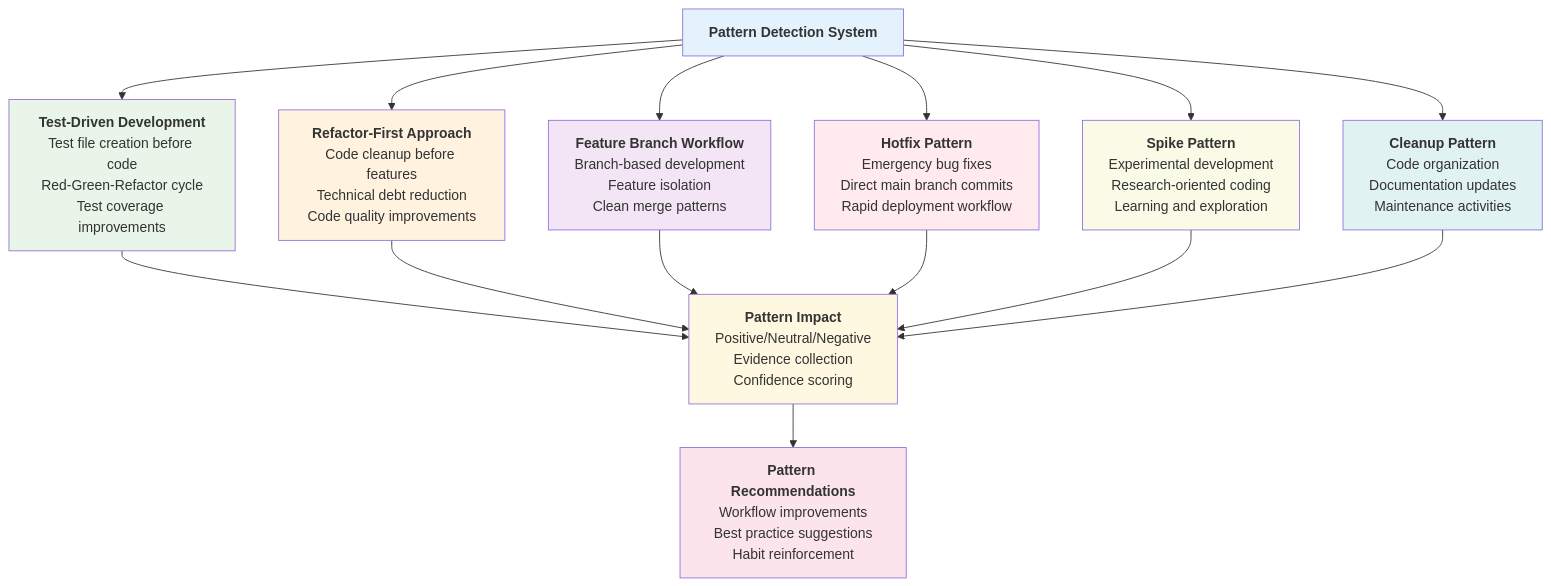
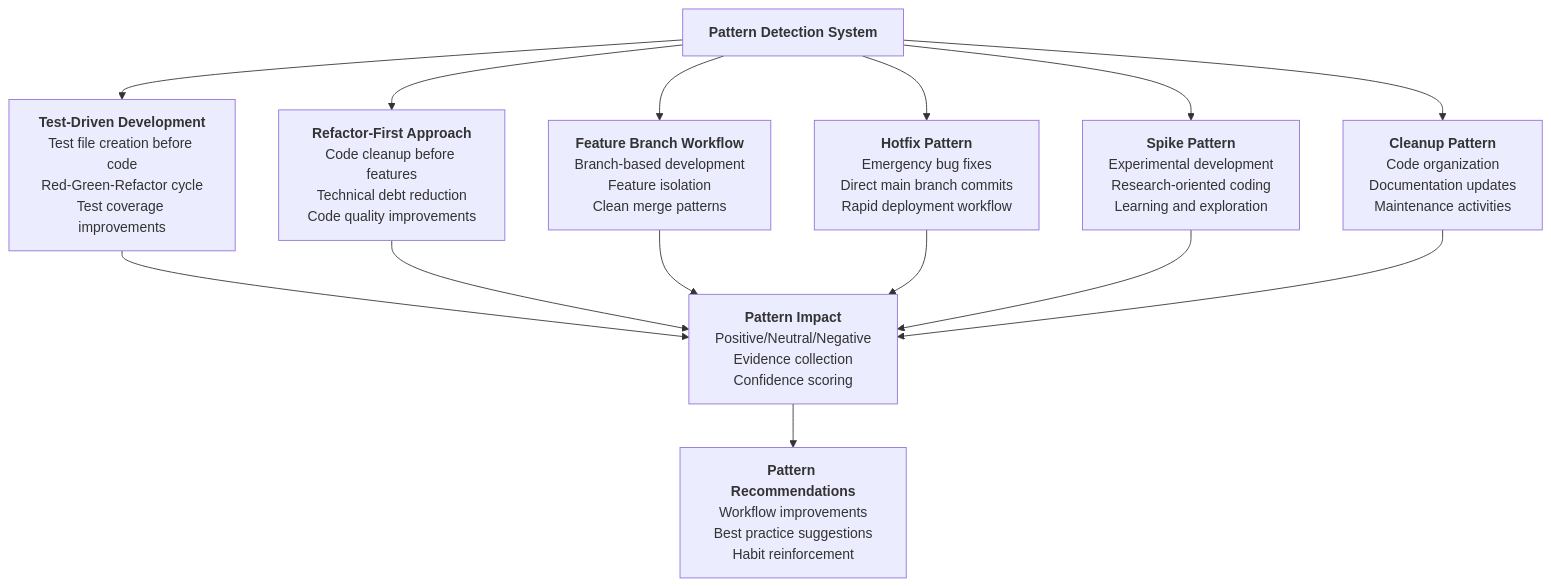
The fifth of 9 diagrams in docs/diagrams/mastro-analytics-flow.md (geogoesbeepboop/mastro), drawn with Mermaid before and after one commit. The commit also changed other lines of this file and 5 other files, not shown here.

First line of the commit message:
docs: update analytics and flow diagrams for clarity

````diff
--- a/docs/diagrams/mastro-analytics-flow.md
+++ b/docs/diagrams/mastro-analytics-flow.md
@@ -251,58 +259,60 @@
 ```mermaid
+
 flowchart TB
     PDS["`**Pattern Detection System**`"] --> TDD["`**Test-Driven Development**
     Test file creation before code
     Red-Green-Refactor cycle
     Test coverage improvements`"]
     
     PDS --> RFA["`**Refactor-First Approach**
     Code cleanup before features
     Technical debt reduction
     Code quality improvements`"]
     
     PDS --> FBW["`**Feature Branch Workflow**
     Branch-based development
     Feature isolation
     Clean merge patterns`"]
     
     PDS --> HFP["`**Hotfix Pattern**
     Emergency bug fixes
     Direct main branch commits
     Rapid deployment workflow`"]
     
     PDS --> SP["`**Spike Pattern**
     Experimental development
     Research-oriented coding
     Learning and exploration`"]
     
     PDS --> CP["`**Cleanup Pattern**
     Code organization
     Documentation updates
     Maintenance activities`"]
     
     TDD --> PI["`**Pattern Impact**
     Positive/Neutral/Negative
     Evidence collection
     Confidence scoring`"]
     
     RFA --> PI
     FBW --> PI
     HFP --> PI
     SP --> PI
     CP --> PI
     
     PI --> PR["`**Pattern Recommendations**
     Workflow improvements
     Best practice suggestions
     Habit reinforcement`"]
 
-    style PDS fill:#e3f2fd
-    style TDD fill:#e8f5e8
-    style RFA fill:#fff3e0
-    style FBW fill:#f3e5f5
-    style HFP fill:#ffebee
-    style SP fill:#f9fbe7
-    style CP fill:#e0f2f1
-    style PI fill:#fff8e1
-    style PR fill:#fce4ec
+    style PDS fill:#e3f2fd color:#000000
+    style TDD fill:#e8f5e8 color:#000000
+    style RFA fill:#fff3e0 color:#000000
+    style FBW fill:#f3e5f5 color:#000000
+    style HFP fill:#ffebee color:#000000
+    style SP fill:#f9fbe7 color:#000000
+    style CP fill:#e0f2f1 color:#000000
+    style PI fill:#fff8e1 color:#000000
+    style PR fill:#fce4ec color:#000000
+
 ```
````
